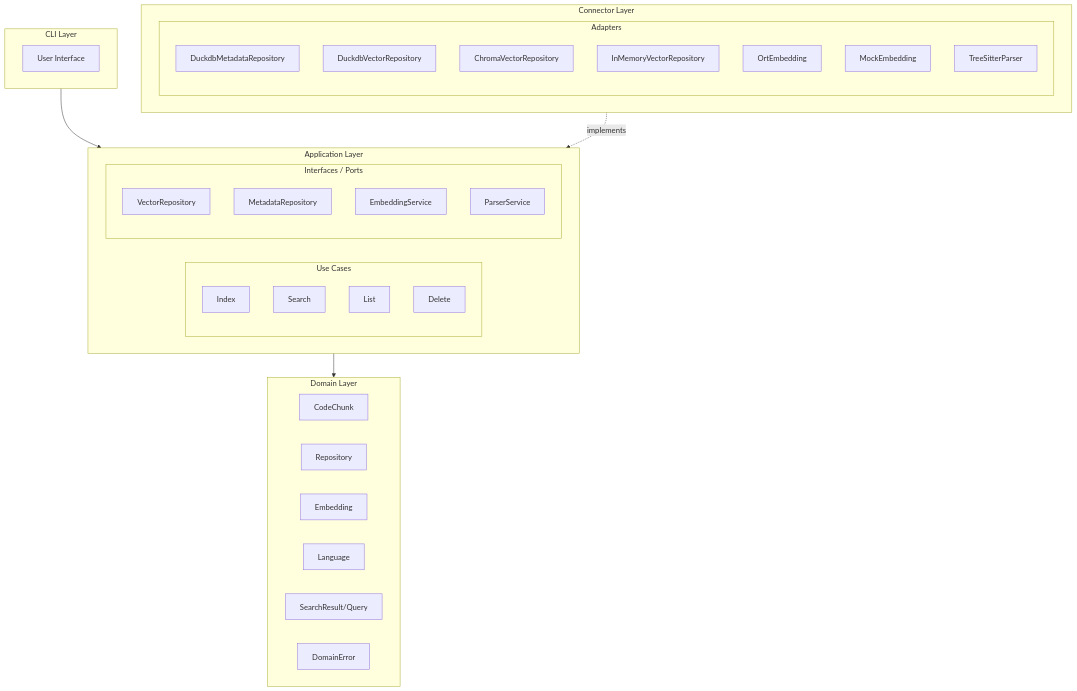
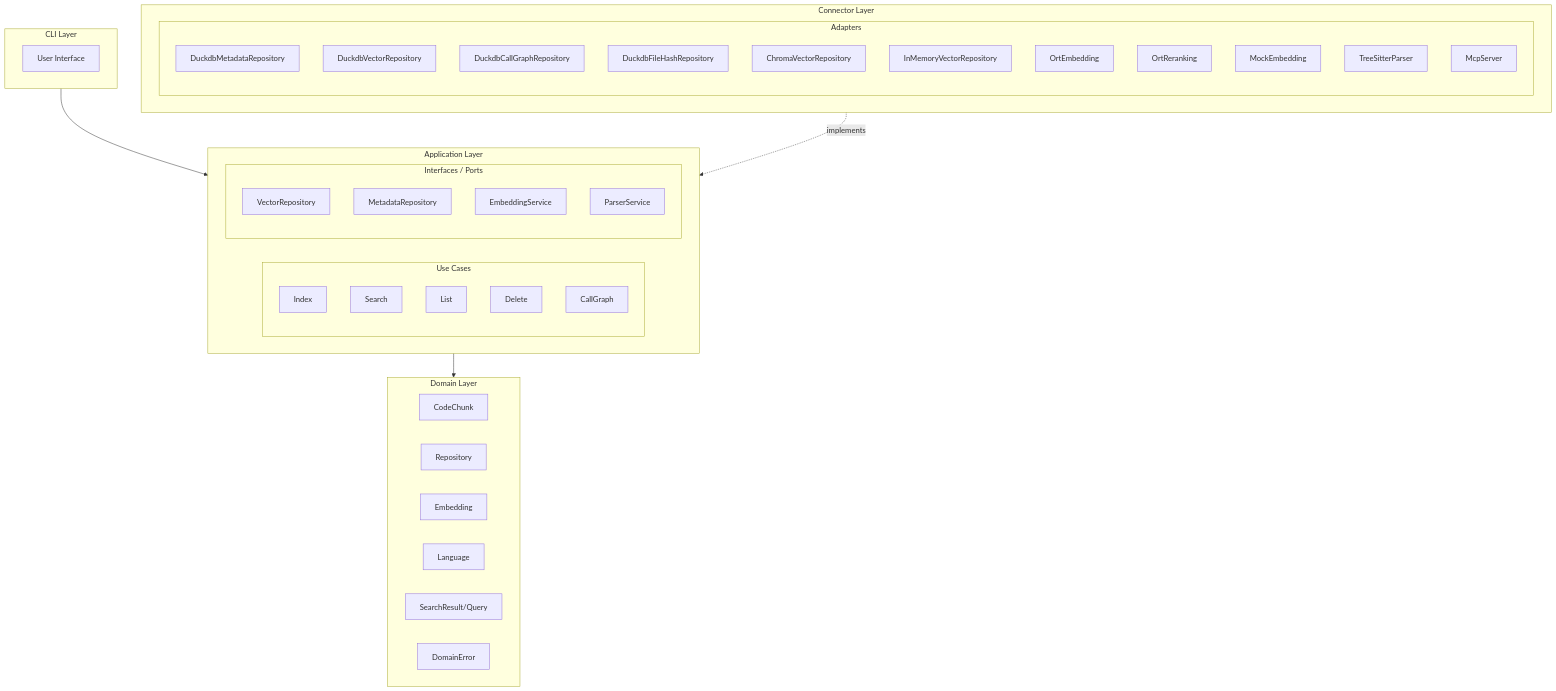
One commit to ArtemisMucaj/codesearch changed the first of 3 diagrams in docs/architecture/overview.md. Above: the diagram before and after it, drawn with Mermaid. The commit also changed other lines of this file and 5 other files, not shown here.

````diff
--- a/docs/architecture/overview.md
+++ b/docs/architecture/overview.md
@@ -7,46 +7,51 @@
 ```mermaid
 graph TB
     subgraph CLI["CLI Layer"]
         UI[User Interface]
     end
 
     subgraph Application["Application Layer"]
         subgraph UseCases["Use Cases"]
             Index[Index]
             Search[Search]
             List[List]
             Delete[Delete]
+            CallGraph[CallGraph]
         end
         subgraph Ports["Interfaces / Ports"]
             VectorRepo[VectorRepository]
             RepoRepo[MetadataRepository]
             EmbedSvc[EmbeddingService]
             ParseSvc[ParserService]
         end
     end
 
     subgraph Domain["Domain Layer"]
         CodeChunk[CodeChunk]
         Repository[Repository]
         Embedding[Embedding]
         Language[Language]
         SearchResult[SearchResult/Query]
         DomainError[DomainError]
     end
 
     subgraph Connector["Connector Layer"]
         subgraph Adapters["Adapters"]
             DuckDBMeta[DuckdbMetadataRepository]
             DuckDBVec[DuckdbVectorRepository]
+            DuckDBCallGraph[DuckdbCallGraphRepository]
+            DuckDBFileHash[DuckdbFileHashRepository]
             Chroma[ChromaVectorRepository]
             InMemory[InMemoryVectorRepository]
             Ort[OrtEmbedding]
+            OrtRerank[OrtReranking]
             Mock[MockEmbedding]
             TreeSitter[TreeSitterParser]
+            MCP[McpServer]
         end
     end
 
     CLI --> Application
     Application --> Domain
     Connector -.->|implements| Application
 ```
````
